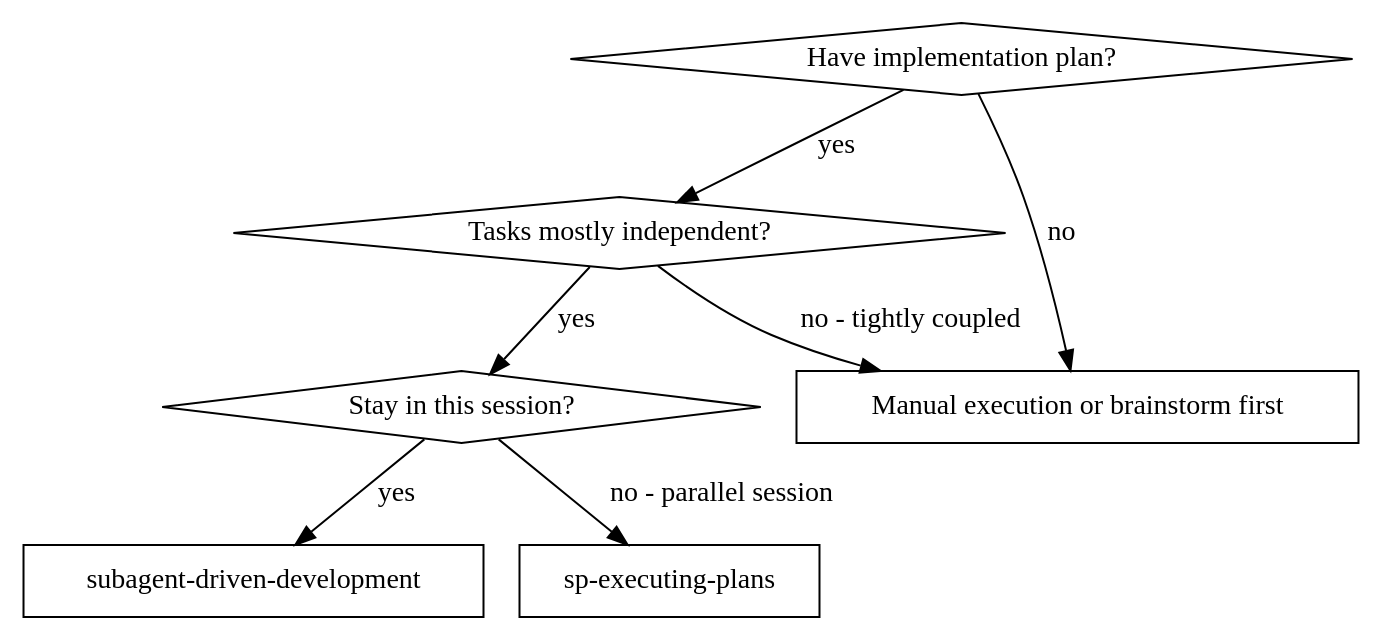
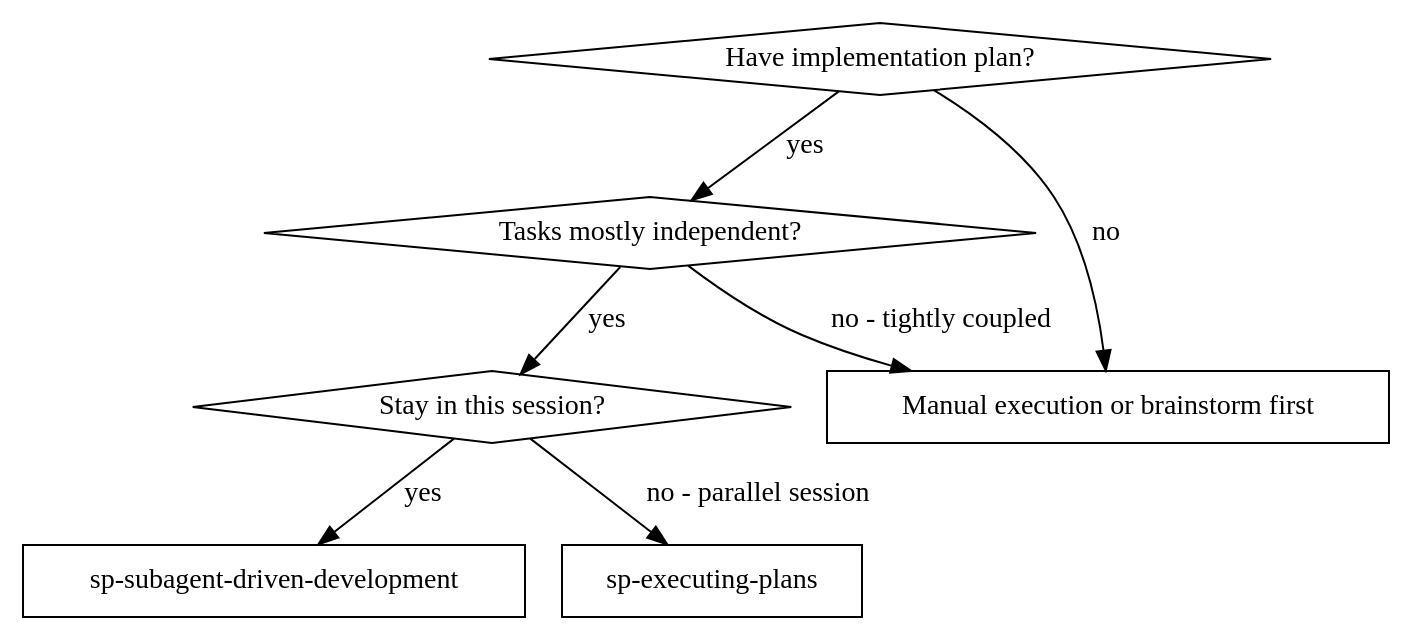
One commit to ThodsaphonSonthiphin/workflow-daily-work changed the first of 2 diagrams in plugins/dev-workflows/skills/sp-subagent-driven-development/SKILL.md. Above: the diagram before and after it, drawn with Graphviz. The commit also changed 1 other file, not shown here.

Commit message:
fix(dev-workflows): finish class 4 in the SDD digraph and quote the scrutinize-dispatch description

````diff
--- a/plugins/dev-workflows/skills/sp-subagent-driven-development/SKILL.md
+++ b/plugins/dev-workflows/skills/sp-subagent-driven-development/SKILL.md
@@ -35,17 +35,17 @@
 ```dot
 digraph when_to_use {
     "Have implementation plan?" [shape=diamond];
     "Tasks mostly independent?" [shape=diamond];
     "Stay in this session?" [shape=diamond];
-    "subagent-driven-development" [shape=box];
+    "sp-subagent-driven-development" [shape=box];
     "sp-executing-plans" [shape=box];
     "Manual execution or brainstorm first" [shape=box];
 
     "Have implementation plan?" -> "Tasks mostly independent?" [label="yes"];
     "Have implementation plan?" -> "Manual execution or brainstorm first" [label="no"];
     "Tasks mostly independent?" -> "Stay in this session?" [label="yes"];
     "Tasks mostly independent?" -> "Manual execution or brainstorm first" [label="no - tightly coupled"];
-    "Stay in this session?" -> "subagent-driven-development" [label="yes"];
+    "Stay in this session?" -> "sp-subagent-driven-development" [label="yes"];
     "Stay in this session?" -> "sp-executing-plans" [label="no - parallel session"];
 }
 ```
````
